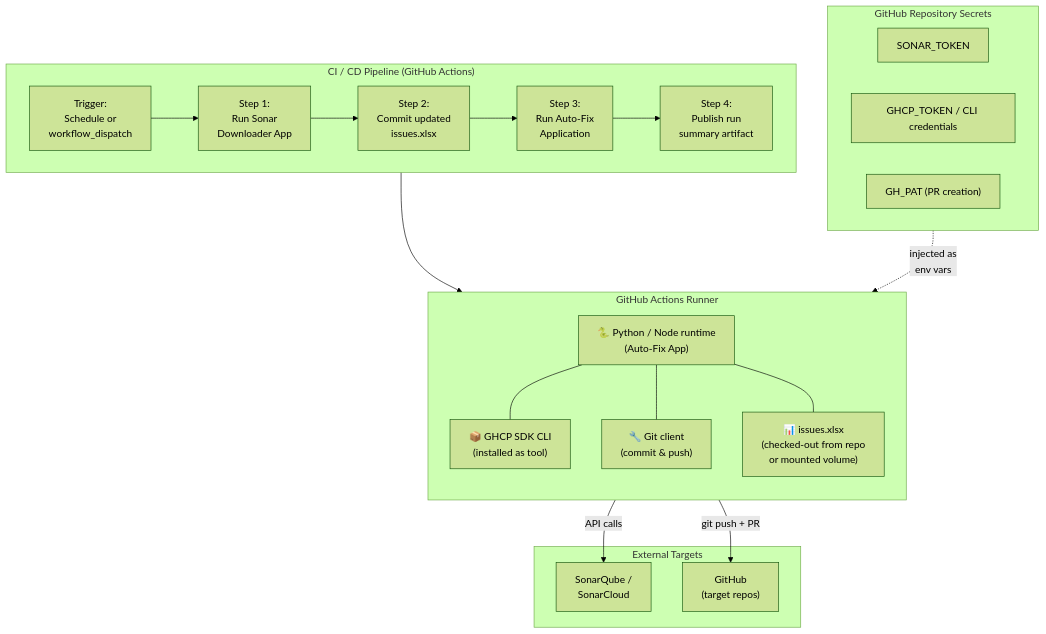
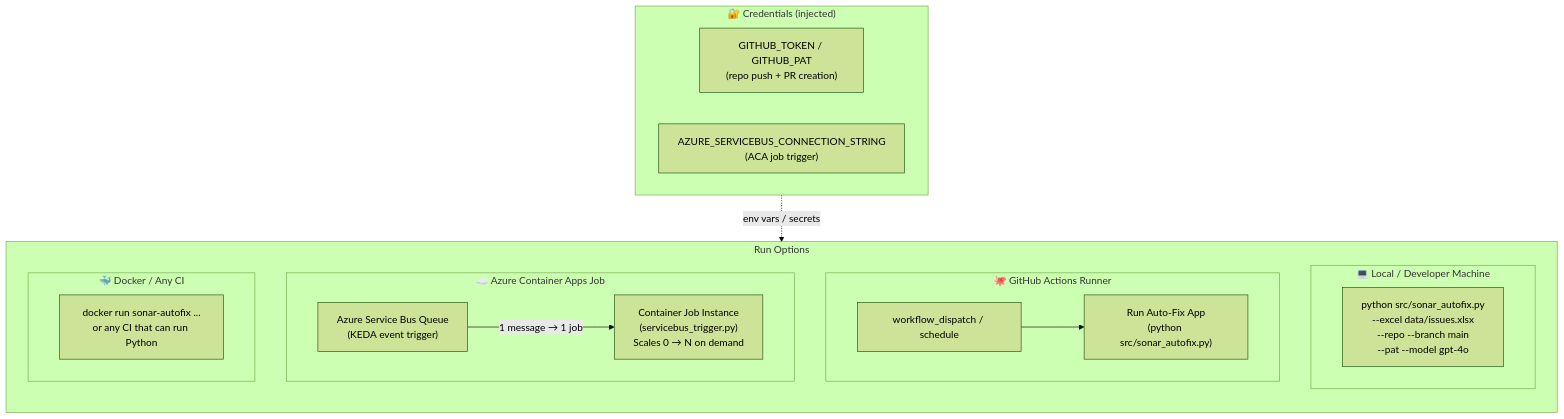
Before and after one commit to HiteshDutt/sonar-auto-fix-test: the eighth of 10 diagrams in README.md, drawn with Mermaid (forest theme). The commit also changed other lines of this file and 1 other file, not shown here.

````diff
--- a/README.md
+++ b/README.md
@@ -328,38 +414,33 @@
 ```mermaid
 graph TB
-    subgraph CI["CI / CD Pipeline  (GitHub Actions)"]
-        direction LR
-        T1["Trigger:\nSchedule or\nworkflow_dispatch"]
-        T1 --> S1["Step 1:\nRun Sonar\nDownloader App"]
-        S1 --> S2["Step 2:\nCommit updated\nissues.xlsx"]
-        S2 --> S3["Step 3:\nRun Auto-Fix\nApplication"]
-        S3 --> S4["Step 4:\nPublish run\nsummary artifact"]
+    subgraph Options["Run Options"]
+        direction TB
+
+        subgraph Local["💻 Local / Developer Machine"]
+            PY["python src/sonar_autofix.py<br/>--excel data/issues.xlsx<br/>--repo <url> --branch main<br/>--pat <token> --model gpt-4o"]
+        end
+
+        subgraph GHA["🐙 GitHub Actions Runner"]
+            T1["workflow_dispatch / schedule"]
+            S3["Run Auto-Fix App<br/>(python src/sonar_autofix.py)"]
+            T1 --> S3
+        end
+
+        subgraph ACA["☁️ Azure Container Apps Job"]
+            SB["Azure Service Bus Queue<br/>(KEDA event trigger)"]
+            JOB["Container Job Instance<br/>(servicebus_trigger.py)<br/>Scales 0 → N on demand"]
+            SB -->|"1 message → 1 job"| JOB
+        end
+
+        subgraph Docker["🐳 Docker / Any CI"]
+            D1["docker run sonar-autofix ...<br/>or any CI that can run Python"]
+        end
     end
 
-    subgraph Runner["GitHub Actions Runner"]
-        direction TB
-        R1["🐍 Python / Node runtime\n(Auto-Fix App)"]
-        R2["📦 GHCP SDK CLI\n(installed as tool)"]
-        R3["🔧 Git client\n(commit & push)"]
-        R4["📊 issues.xlsx\n(checked-out from repo\nor mounted volume)"]
-        R1 --- R2
-        R1 --- R3
-        R1 --- R4
+    subgraph Secrets["🔐 Credentials (injected)"]
+        SE1["GITHUB_TOKEN / GITHUB_PAT<br/>(repo push + PR creation)"]
+        SE2["AZURE_SERVICEBUS_CONNECTION_STRING<br/>(ACA job trigger)"]
     end
 
-    subgraph Secrets["GitHub Repository Secrets"]
-        SE1["SONAR_TOKEN"]
-        SE2["GHCP_TOKEN / CLI credentials"]
-        SE3["GH_PAT  (PR creation)"]
-    end
-
-    subgraph Targets["External Targets"]
-        SQ2["SonarQube /\nSonarCloud"]
-        GH2["GitHub\n(target repos)"]
-    end
-
-    CI --> Runner
-    Secrets -.->|injected as\nenv vars| Runner
-    Runner -->|API calls| SQ2
-    Runner -->|git push + PR| GH2
+    Secrets -.->|"env vars / secrets"| Options
 ```
````
